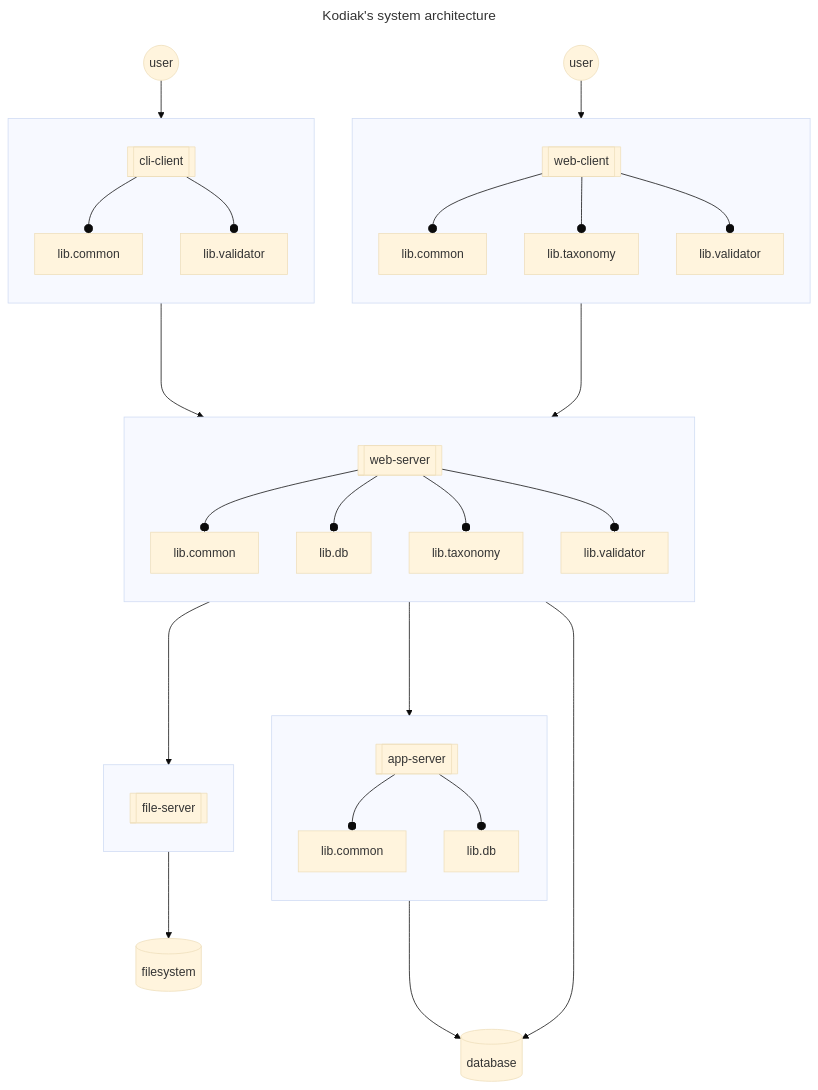
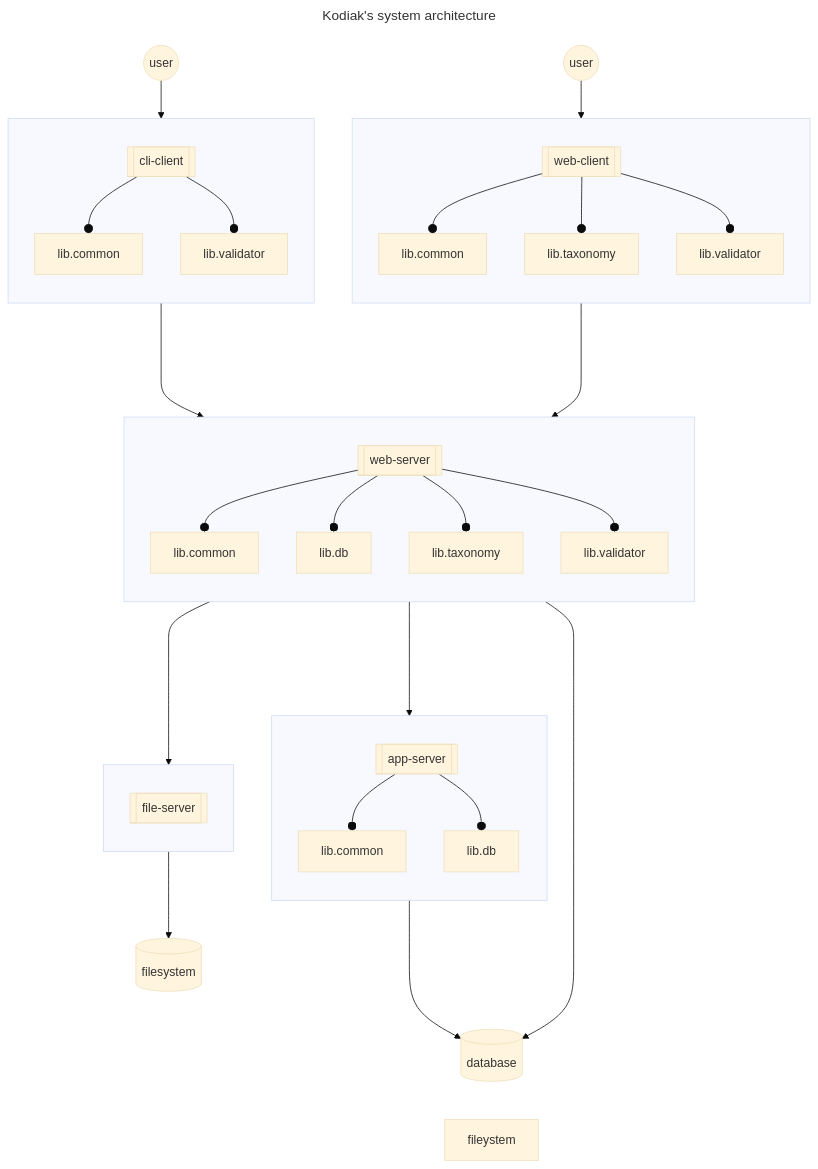
Before and after one commit to polarlabs/kodiak-diagrams: the diagram in SYSTEM-ARCHITECTURE.md, drawn with Mermaid (base theme).

Commit message:
fix: rearrange boxes.

````diff
--- a/SYSTEM-ARCHITECTURE.md
+++ b/SYSTEM-ARCHITECTURE.md
@@ -5,42 +5,43 @@
 ```mermaid
 ---
 title: Kodiak's system architecture
 ---
 flowchart TB
   subgraph user-web[ ]
     direction TB  
     web-client[[web-client]] --o web-client.lib.common[lib.common]
     web-client --o web-client.lib.taxonomy[lib.taxonomy]
     web-client --o web-client.lib.validator[lib.validator]
   end
   subgraph user-cli[ ]
     direction TB
     cli-client[[cli-client]] --o cli-client.lib.common[lib.common]
     cli-client --o cli-client.lib.validator[lib.validator]
   end
   subgraph file-server[ ]
     direction TB
     file-server.api[[file-server]]
   end
   subgraph web-server[ ]
     direction TB
     web-server.api[[web-server]] --o web-server.lib.common[lib.common]
     web-server.api[[web-server]] --o web-server.lib.db[lib.db]
     web-server.api[[web-server]] --o web-server.lib.taxonomy[lib.taxonomy]
     web-server.api[[web-server]] --o web-server.lib.validator[lib.validator]
   end
   subgraph app-server[ ]
     direction TB
     app-server.api[[app-server]] --o app-server.lib.common[lib.common]
     app-server.api[[app-server]] --o app-server.lib.db[lib.db]
   end
   web-user((user)) --> web-client
   web-client ----> web-server.api
   cli-user((user)) --> cli-client
   cli-client ----> web-server.api
   web-server.api ----> app-server.api
   web-server.api ----> file-server.api
   file-server --> filesystem[(filesystem)]
   web-server --> database[(database)]
   app-server ---> database[(database)]
+  database ~~~ fileystem
 ```
````
